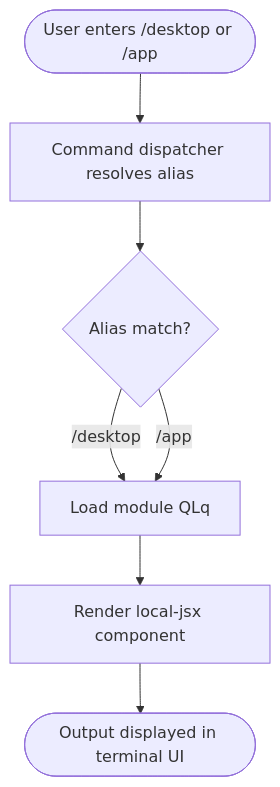
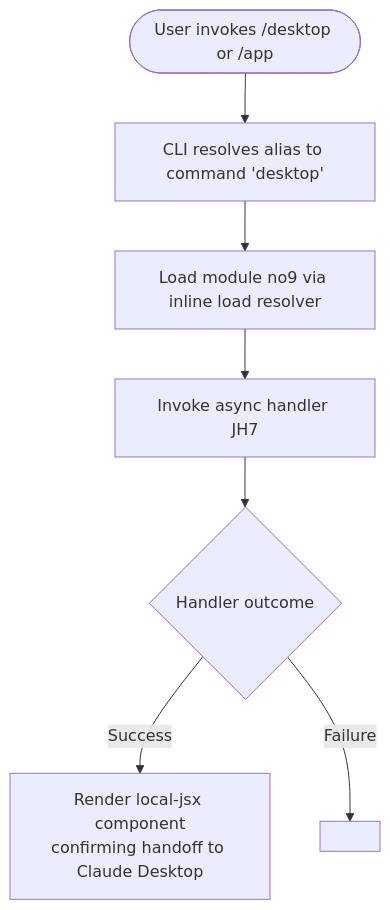
One commit to MyLittleLuckyDog/cc-gnothi changed the diagram in versions/v2.1.144/desktop.md. Above: the diagram before and after it, drawn with Mermaid. The commit also changed other lines of this file and 483 other files, not shown here.

````diff
--- a/versions/v2.1.144/desktop.md
+++ b/versions/v2.1.144/desktop.md
@@ -50,9 +56,9 @@
 ```mermaid
 flowchart TD
-    A([User enters /desktop or /app]) --> B[Command dispatcher resolves alias]
-    B --> C{Alias match?}
-    C -- "/desktop" --> D[Load module QLq]
-    C -- "/app" --> D
-    D --> E[Render local-jsx component]
-    E --> F([Output displayed in terminal UI])
+    A([User invokes /desktop or /app]) --> B[CLI resolves alias to command 'desktop']
+    B --> C[Load module no9 via inline load resolver]
+    C --> D[Invoke async handler JH7]
+    D --> E{Handler outcome}
+    E -- Success --> F[Render local-jsx component\nconfirming handoff to Claude Desktop]
+    E -- Failure --> G[<!-- TODO: error branch not found in depth-2 traversal; needs --depth 4 -->]
 ```
````
